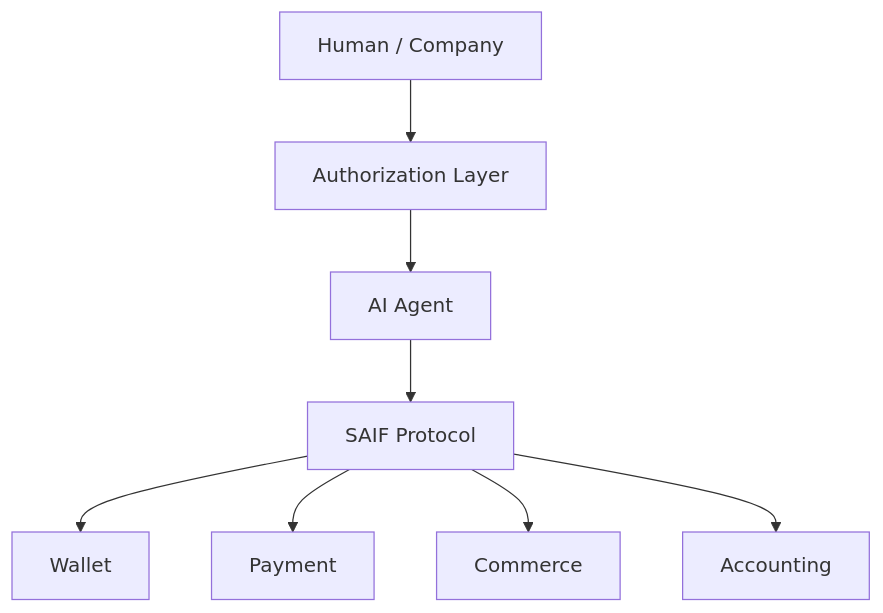
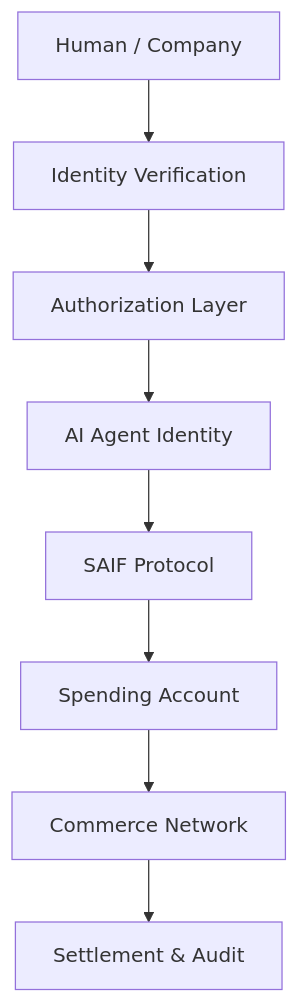
One commit to songluyi/SAIF-Protocol changed the diagram in architecture/overview.md. Above: the diagram before and after it, drawn with Mermaid. The commit also changed other lines of this file and 6 other files, not shown here.

````diff
--- a/architecture/overview.md
+++ b/architecture/overview.md
@@ -19,10 +25,10 @@
 ```mermaid
 flowchart TD
-    A["Human / Company"] --> B["Authorization Layer"]
-    B --> C["AI Agent"]
-    C --> D["SAIF Protocol"]
-    D --> E["Wallet"]
-    D --> F["Payment"]
-    D --> G["Commerce"]
-    D --> H["Accounting"]
+    A["Human / Company"] --> B["Identity Verification"]
+    B --> C["Authorization Layer"]
+    C --> D["AI Agent Identity"]
+    D --> E["SAIF Protocol"]
+    E --> F["Spending Account"]
+    F --> G["Commerce Network"]
+    G --> H["Settlement & Audit"]
 ```
````
